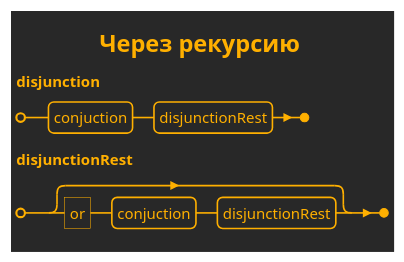
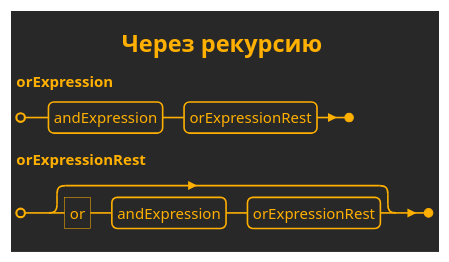
Diagram 12 of 13 in Domain/MURQ.Domain/URQL/docs/URQL Lines Syntax.md (realsonic/MURQ), drawn with PlantUML before and after one commit. The commit also changed other lines of this file and 9 other files, not shown here.

````diff
--- a/Domain/MURQ.Domain/URQL/docs/URQL Lines Syntax.md
+++ b/Domain/MURQ.Domain/URQL/docs/URQL Lines Syntax.md
@@ -239,10 +233,8 @@
 ```plantuml
-@startebnf Адаптация disjunction через рекурсию
+@startebnf Адаптация orExpression через рекурсию
 !theme crt-amber
-
 title Через рекурсию
-
-disjunction = conjuction, disjunctionRest;
-disjunctionRest = ['or', conjuction, disjunctionRest];
+orExpression = andExpression, orExpressionRest;
+orExpressionRest = [ 'or', andExpression, orExpressionRest ];
 @endebnf
 ```
````
